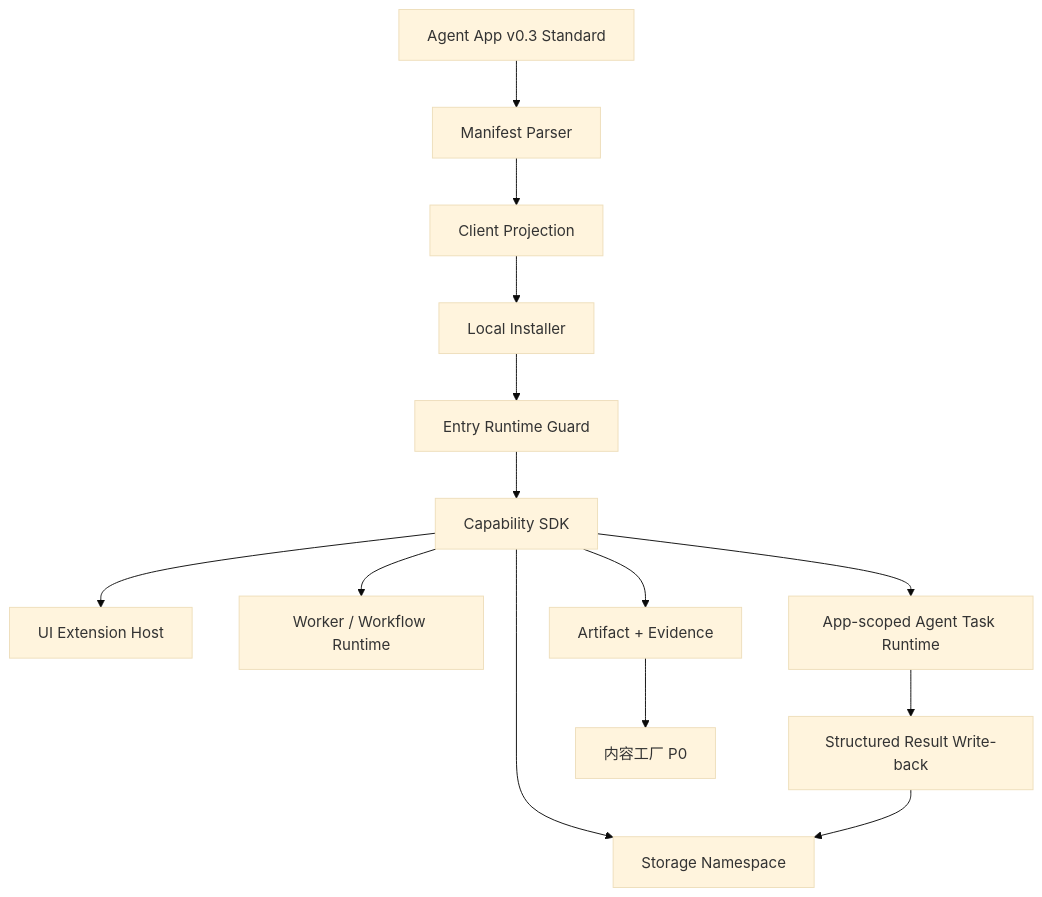
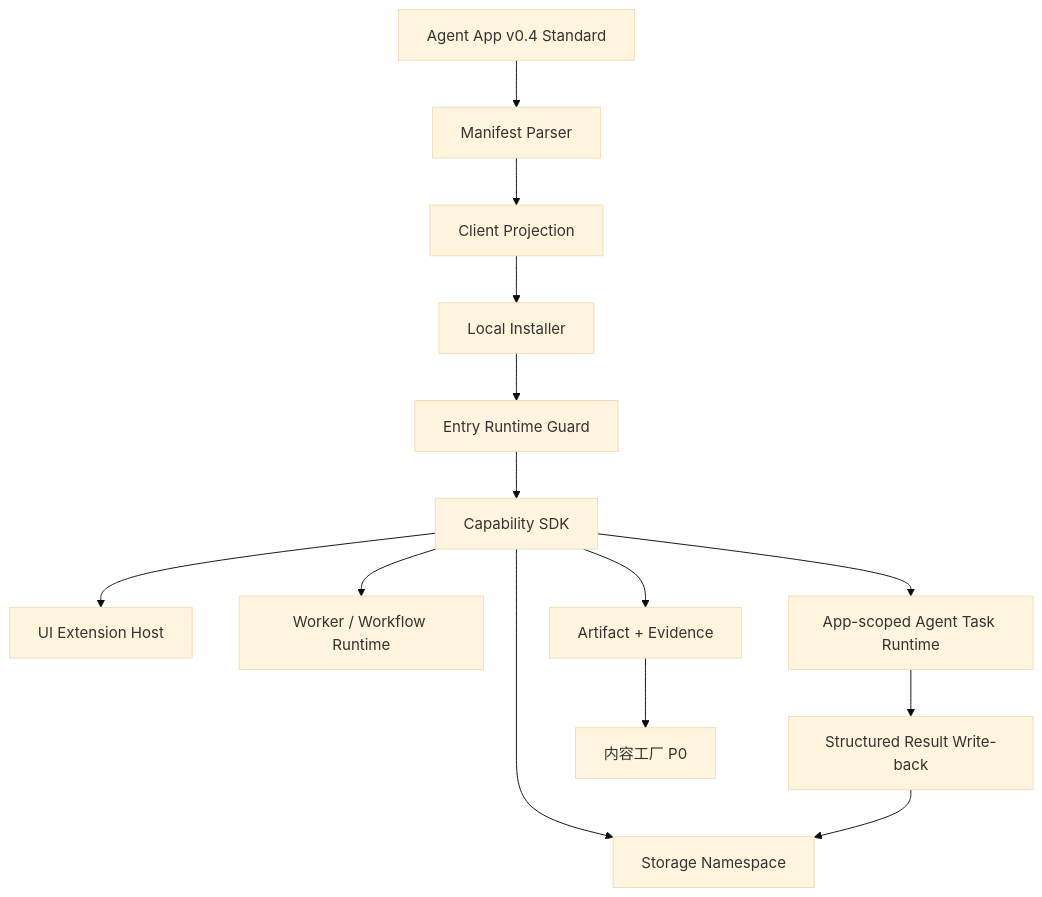
Before and after one commit to jiujuan/lime: the diagram in docs/roadmap/agentapp/README.md, drawn with Mermaid (base theme). The commit also changed other lines of this file and 80 other files, not shown here.

````diff
--- a/docs/roadmap/agentapp/README.md
+++ b/docs/roadmap/agentapp/README.md
@@ -112,16 +129,16 @@
 ```mermaid
 flowchart TD
-  Standard[Agent App v0.3 Standard] --> Parser[Manifest Parser]
+  Standard[Agent App v0.4 Standard] --> Parser[Manifest Parser]
   Parser --> Projection[Client Projection]
   Projection --> Installer[Local Installer]
   Installer --> Guard[Entry Runtime Guard]
   Guard --> SDK[Capability SDK]
   SDK --> UI[UI Extension Host]
   SDK --> Storage[Storage Namespace]
   SDK --> Worker[Worker / Workflow Runtime]
   SDK --> Agent[App-scoped Agent Task Runtime]
   SDK --> Artifact[Artifact + Evidence]
   Agent --> WriteBack[Structured Result Write-back]
   WriteBack --> Storage
   Artifact --> App[内容工厂 P0]
 ```
````
